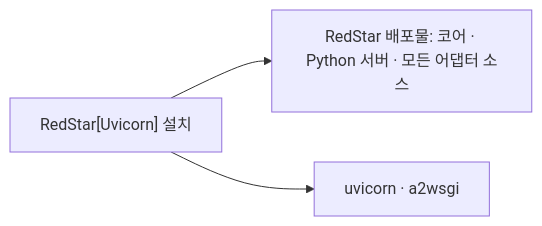
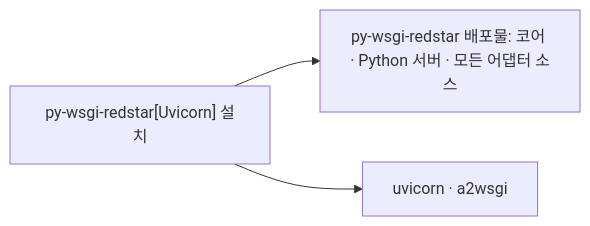
The diagram in docs/Packaging.md (yong5eon/RedStar), drawn with Mermaid before and after one commit. The commit also changed other lines of this file and 12 other files, not shown here.

````diff
--- a/docs/Packaging.md
+++ b/docs/Packaging.md
@@ -18,5 +18,5 @@
 ```mermaid
 flowchart LR
-  A["RedStar[Uvicorn] 설치"] --> B["RedStar 배포물: 코어 · Python 서버 · 모든 어댑터 소스"]
+  A["py-wsgi-redstar[Uvicorn] 설치"] --> B["py-wsgi-redstar 배포물: 코어 · Python 서버 · 모든 어댑터 소스"]
   A --> C["uvicorn · a2wsgi"]
 ```
````
